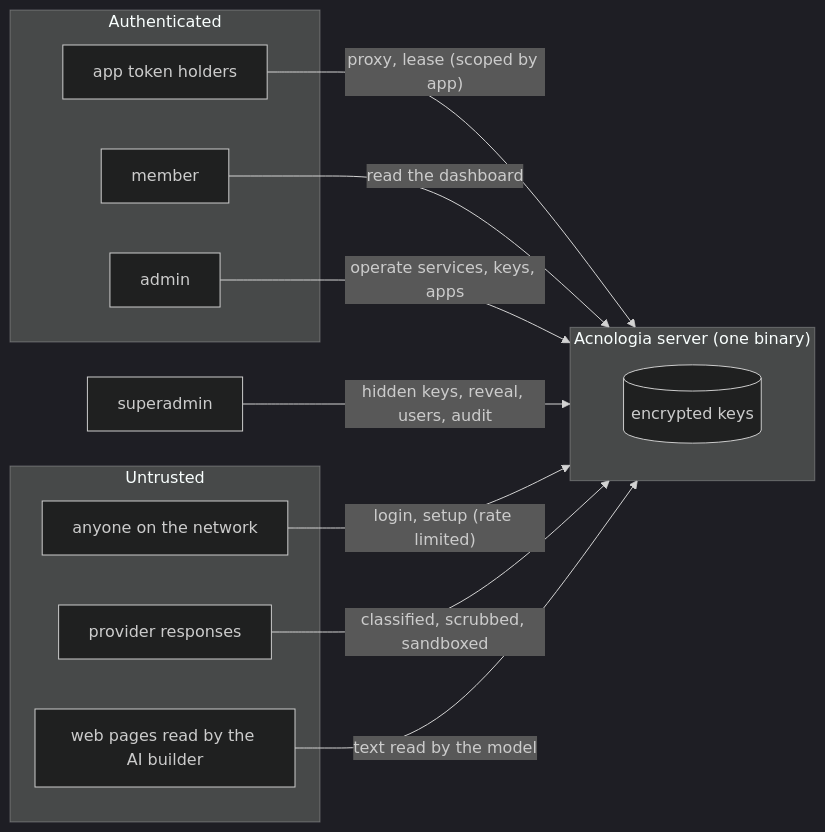
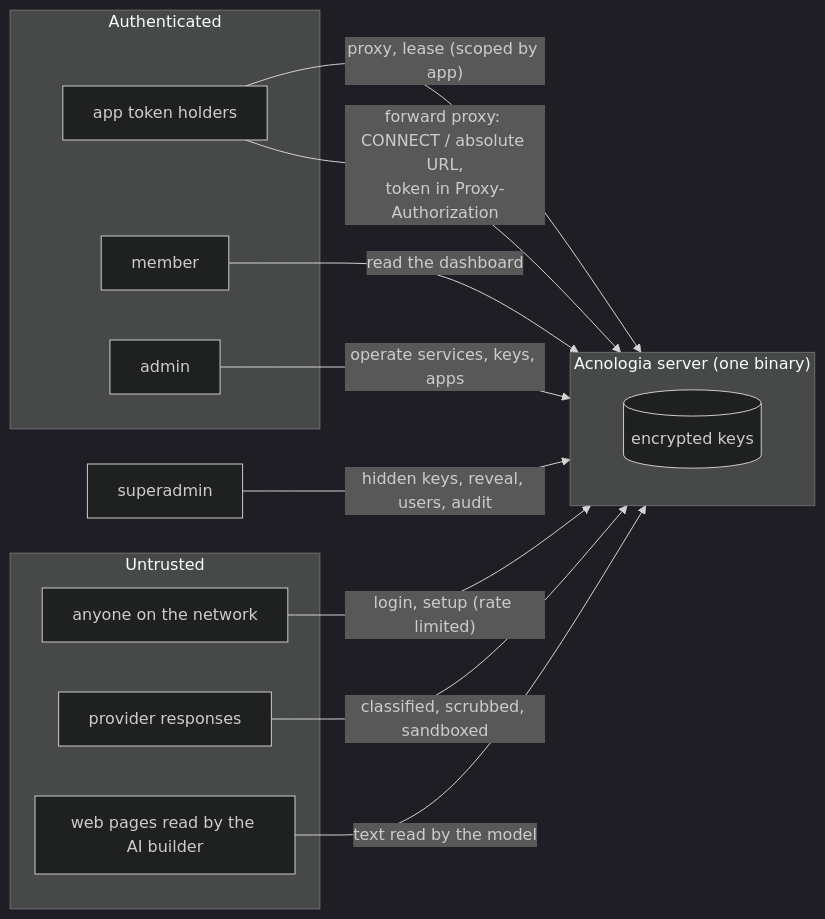
One commit to sidharthpunathil/acnologia changed the first of 3 diagrams in docs/security.md. Above: the diagram before and after it, drawn with Mermaid (dark theme). The commit also changed other lines of this file and 73 other files, not shown here.

````diff
--- a/docs/security.md
+++ b/docs/security.md
@@ -56,25 +61,26 @@
 ```mermaid
 flowchart LR
     subgraph Untrusted
         Net["anyone on the network"]
         Up["provider responses"]
         Web["web pages read by the AI builder"]
     end
     subgraph Authenticated
         AppT["app token holders"]
         Mem["member"]
         Adm["admin"]
     end
     Sup["superadmin"]
     subgraph Server["Acnologia server (one binary)"]
         Keys[("encrypted keys")]
     end
 
     Net -->|"login, setup (rate limited)"| Server
     AppT -->|"proxy, lease (scoped by app)"| Server
+    AppT -->|"forward proxy: CONNECT / absolute URL,<br/>token in Proxy-Authorization"| Server
     Mem -->|"read the dashboard"| Server
     Adm -->|"operate services, keys, apps"| Server
     Sup -->|"hidden keys, reveal, users, audit"| Server
     Up -->|"classified, scrubbed, sandboxed"| Server
     Web -->|"text read by the model"| Server
 ```
````
